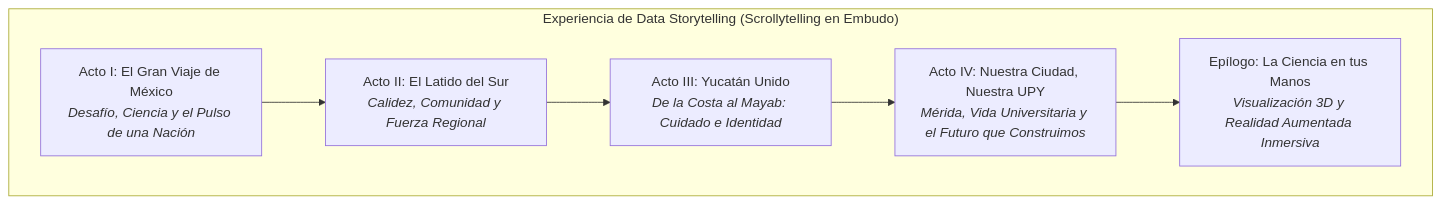
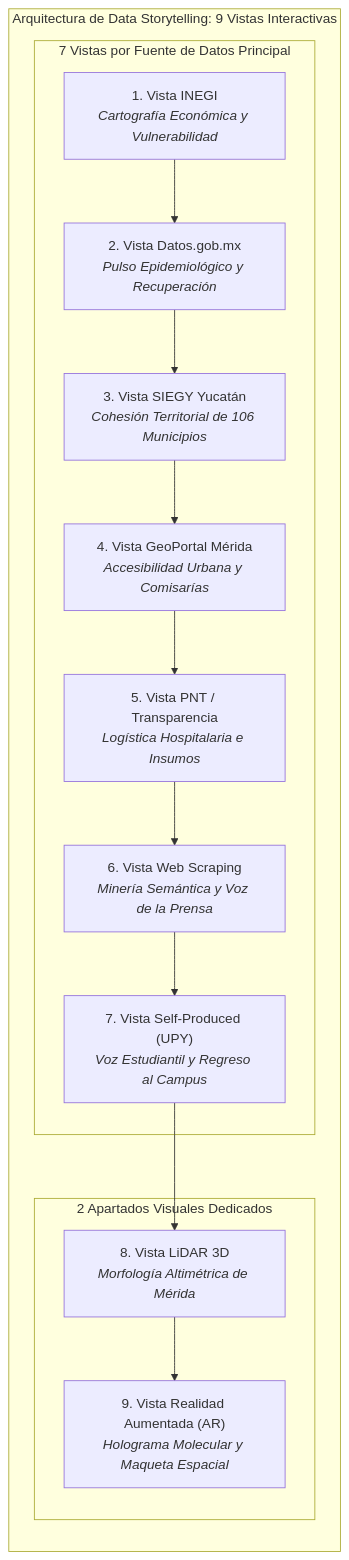
Before and after one commit to RusselKu/Mexico-DataViz-by-UPY: the first of 2 diagrams in FUENTES_Y_PLAN_DE_ANALISIS.md, drawn with Mermaid. The commit also changed other lines of this file and 5 other files, not shown here.

````diff
--- a/FUENTES_Y_PLAN_DE_ANALISIS.md
+++ b/FUENTES_Y_PLAN_DE_ANALISIS.md
@@ -15,12 +15,22 @@
 ```mermaid
 flowchart TD
-    subgraph Embudo ["Experiencia de Data Storytelling (Scrollytelling en Embudo)"]
-        A1["Acto I: El Gran Viaje de México<br><i>Desafío, Ciencia y el Pulso de una Nación</i>"]
-        A2["Acto II: El Latido del Sur<br><i>Calidez, Comunidad y Fuerza Regional</i>"]
-        A3["Acto III: Yucatán Unido<br><i>De la Costa al Mayab: Cuidado e Identidad</i>"]
-        A4["Acto IV: Nuestra Ciudad, Nuestra UPY<br><i>Mérida, Vida Universitaria y el Futuro que Construimos</i>"]
-        A5["Epílogo: La Ciencia en tus Manos<br><i>Visualización 3D y Realidad Aumentada Inmersiva</i>"]
+    subgraph Storytelling ["Arquitectura de Data Storytelling: 9 Vistas Interactivas"]
+        direction TB
+        subgraph Fuentes ["7 Vistas por Fuente de Datos Principal"]
+            V1["1. Vista INEGI<br><i>Cartografía Económica y Vulnerabilidad</i>"]
+            V2["2. Vista Datos.gob.mx<br><i>Pulso Epidemiológico y Recuperación</i>"]
+            V3["3. Vista SIEGY Yucatán<br><i>Cohesión Territorial de 106 Municipios</i>"]
+            V4["4. Vista GeoPortal Mérida<br><i>Accesibilidad Urbana y Comisarías</i>"]
+            V5["5. Vista PNT / Transparencia<br><i>Logística Hospitalaria e Insumos</i>"]
+            V6["6. Vista Web Scraping<br><i>Minería Semántica y Voz de la Prensa</i>"]
+            V7["7. Vista Self-Produced (UPY)<br><i>Voz Estudiantil y Regreso al Campus</i>"]
+        end
+        
+        subgraph Inmersivas ["2 Apartados Visuales Dedicados"]
+            V8["8. Vista LiDAR 3D<br><i>Morfología Altimétrica de Mérida</i>"]
+            V9["9. Vista Realidad Aumentada (AR)<br><i>Holograma Molecular y Maqueta Espacial</i>"]
+        end
+        
+        V1 --> V2 --> V3 --> V4 --> V5 --> V6 --> V7 --> V8 --> V9
     end
-
-    A1 --> A2 --> A3 --> A4 --> A5
 ```
````
